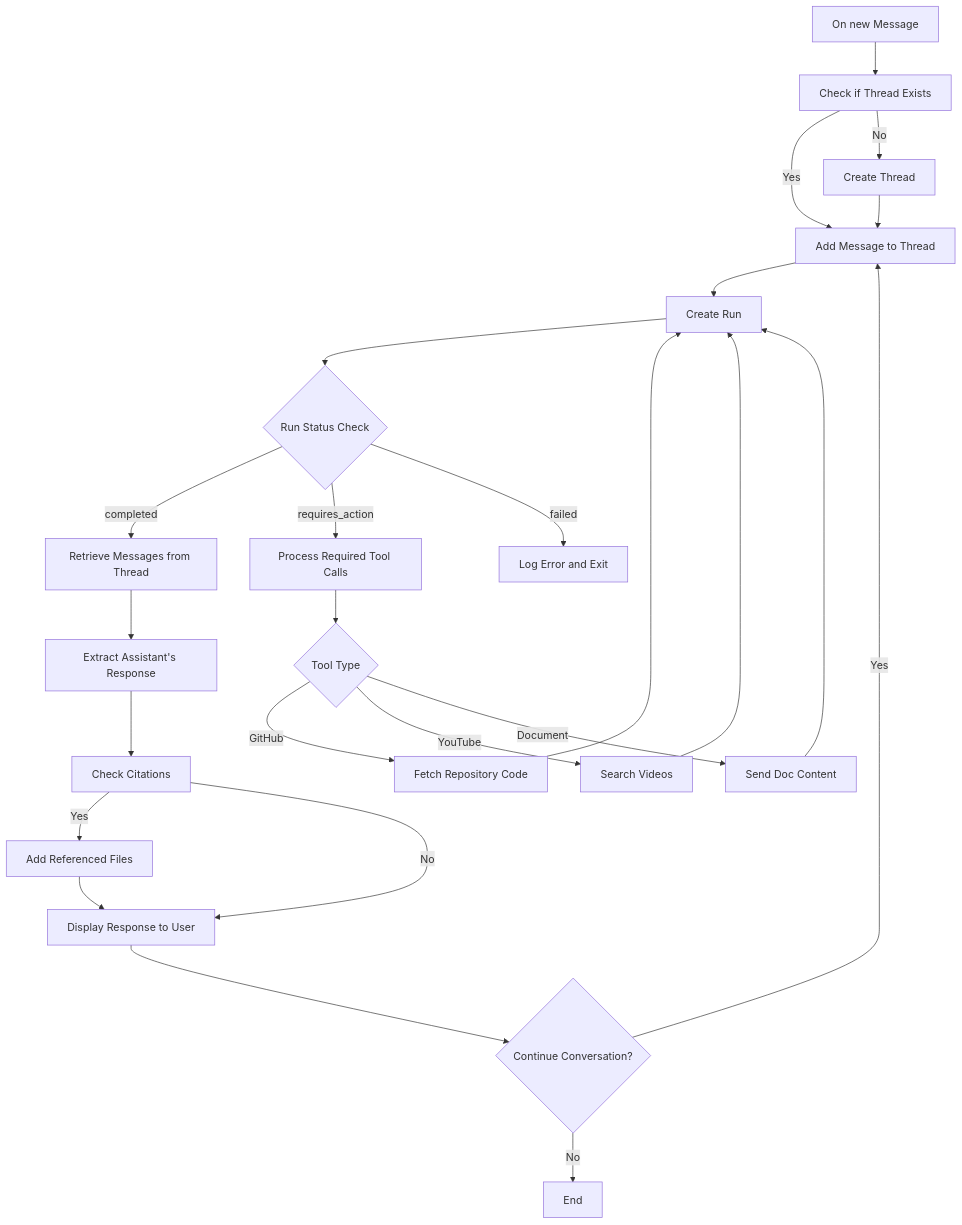
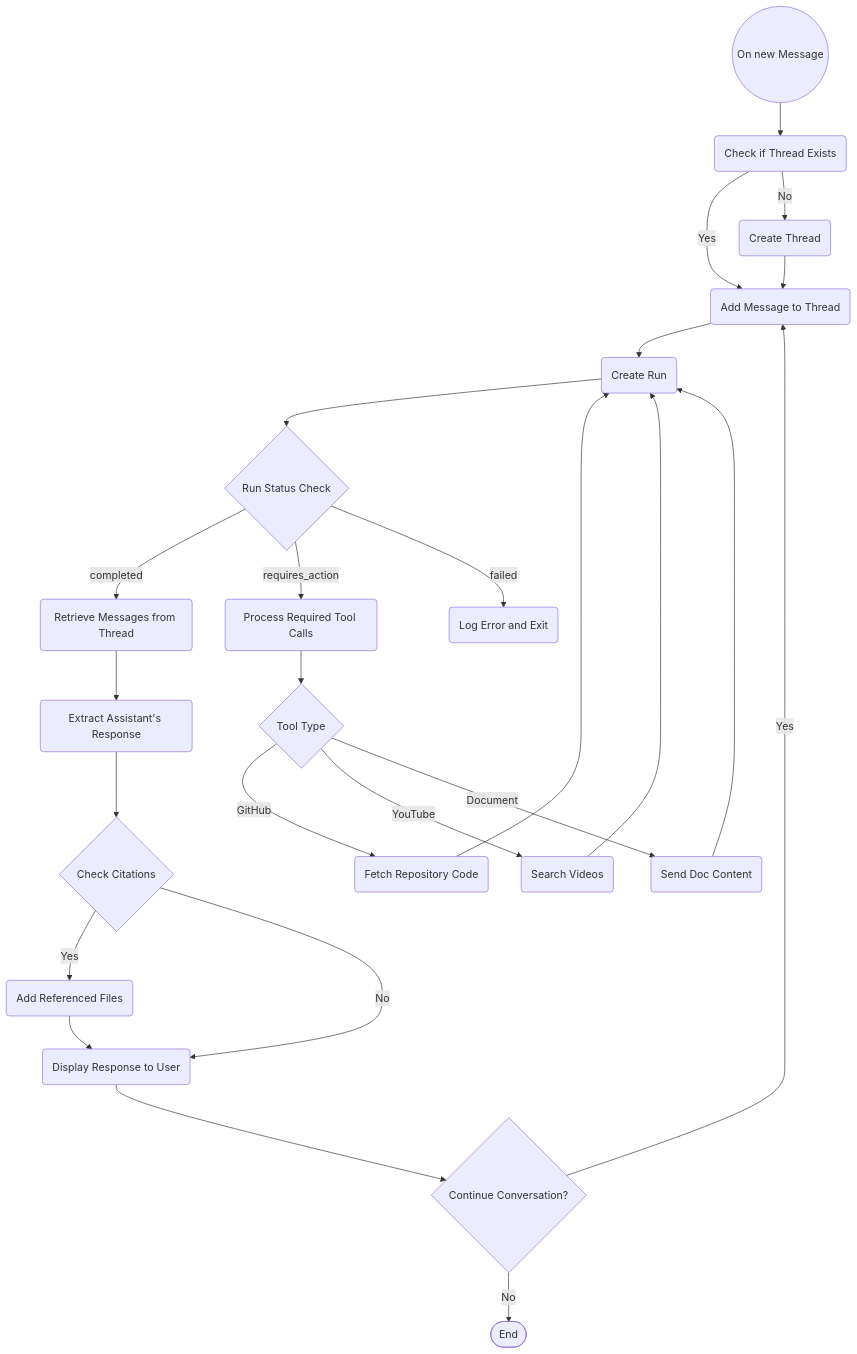
One commit to nauqh/ti changed the diagram in README.md. Above: the diagram before and after it, drawn with Mermaid. The commit also changed other lines of this file, not shown here.

Commit message:
feat(README): update diagram

````diff
--- a/README.md
+++ b/README.md
@@ -126,28 +131,28 @@
 ```mermaid
 graph TD
-    A[On new Message] --> B[Check if Thread Exists]
-    B -->|Yes| C[Add Message to Thread]
-    B -->|No| D[Create Thread]
+    A((On new Message)) --> B(Check if Thread Exists)
+    B -->|Yes| C(Add Message to Thread)
+    B -->|No| D(Create Thread)
     D --> C
-    C --> E[Create Run]
+    C --> E(Create Run)
     E --> F{Run Status Check}
-    F -->|completed| G[Retrieve Messages from Thread]
-    F -->|requires_action| H[Process Required Tool Calls]
+    F -->|completed| G(Retrieve Messages from Thread)
+    F -->|requires_action| H(Process Required Tool Calls)
     H --> I{Tool Type}
-    I -->|GitHub| J[Fetch Repository Code]
-    I -->|YouTube| K[Search Videos]
-    I -->|Document| L[Send Doc Content]
+    I -->|GitHub| J(Fetch Repository Code)
+    I -->|YouTube| K(Search Videos)
+    I -->|Document| L(Send Doc Content)
     J --> E
     K --> E
     L --> E
-    F -->|failed| M[Log Error and Exit]
+    F -->|failed| M(Log Error and Exit)
 
-    G --> N[Extract Assistant's Response]
-    N --> O[Check Citations]
-    O -->|Yes| P[Add Referenced Files]
-    O -->|No| Q[Display Response to User]
+    G --> N(Extract Assistant's Response)
+    N --> O{Check Citations}
+    O -->|Yes| P(Add Referenced Files)
+    O -->|No| Q(Display Response to User)
     P --> Q
     Q --> R{Continue Conversation?}
     R -->|Yes| C
-    R -->|No| S[End]
+    R -->|No| S([End])
 ```
````
